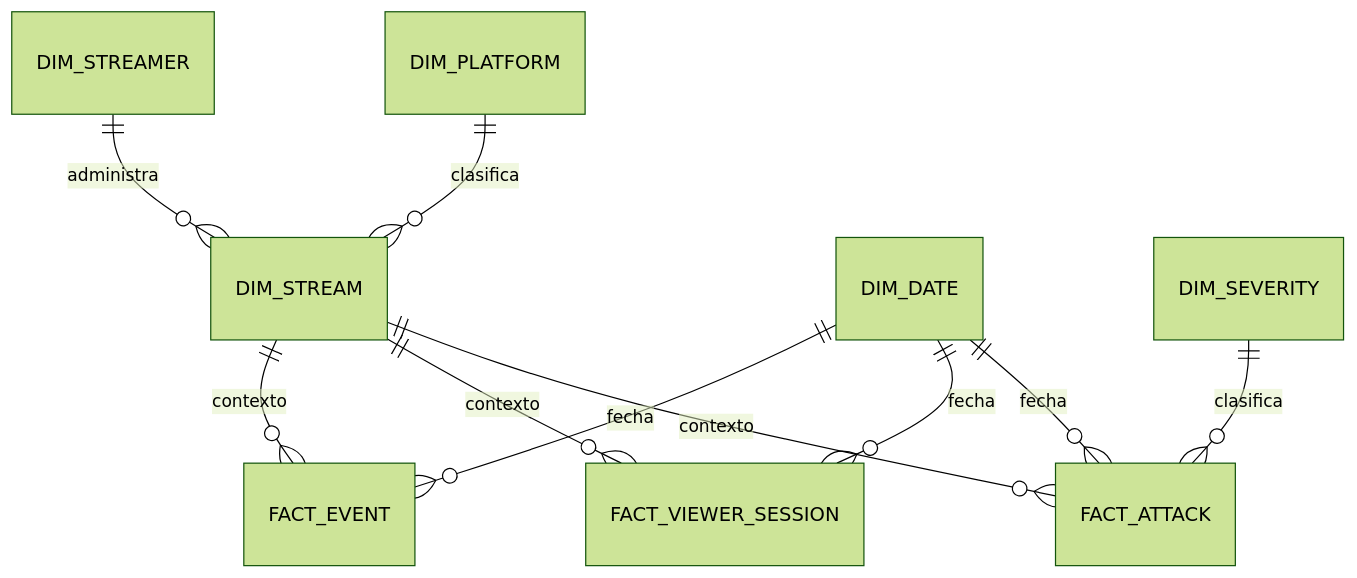
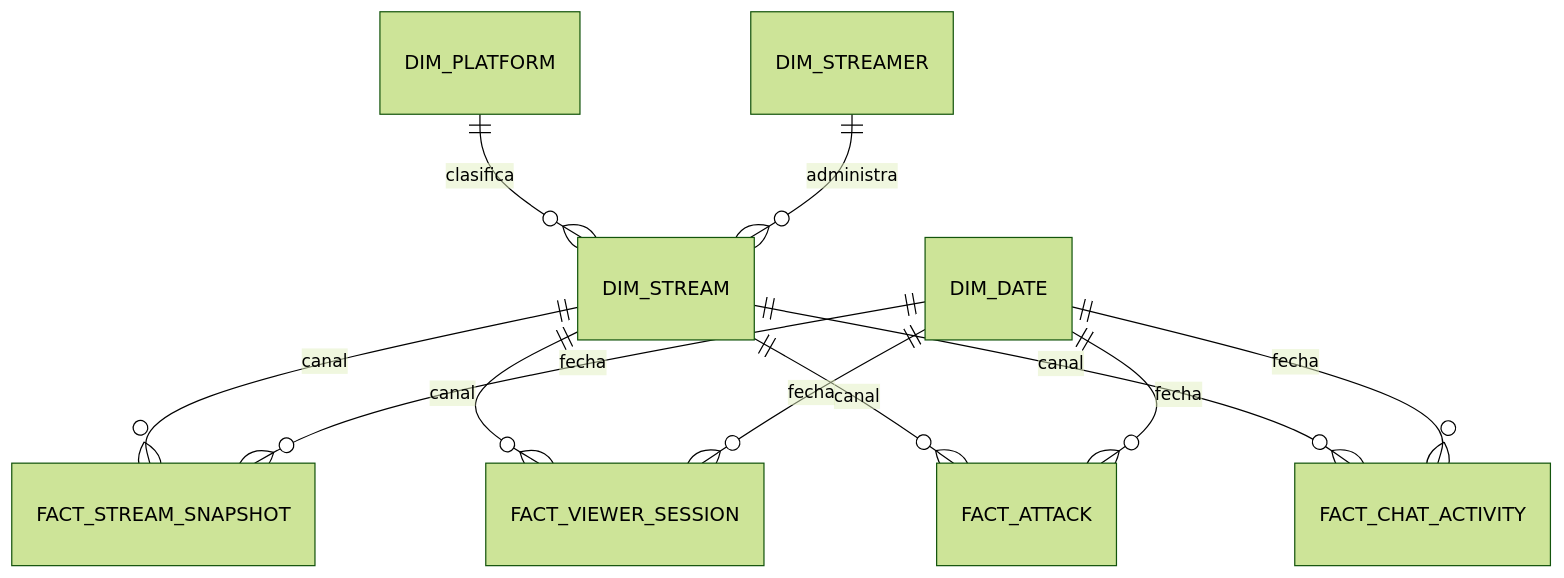
Before and after one commit to NlsG09201/Anti-Bots: the fifth of 5 diagrams in project-docs/ENTREGA-ACADEMICA.md, drawn with Mermaid (forest theme). The commit also changed other lines of this file and 24 other files, not shown here.

````diff
--- a/project-docs/ENTREGA-ACADEMICA.md
+++ b/project-docs/ENTREGA-ACADEMICA.md
@@ -273,12 +272,13 @@
 ```mermaid
 erDiagram
-    DIM_STREAM ||--o{ FACT_ATTACK : contexto
-    DIM_STREAM ||--o{ FACT_VIEWER_SESSION : contexto
-    DIM_STREAM ||--o{ FACT_EVENT : contexto
+    DIM_STREAM ||--o{ FACT_STREAM_SNAPSHOT : canal
+    DIM_STREAM ||--o{ FACT_VIEWER_SESSION : canal
+    DIM_STREAM ||--o{ FACT_ATTACK : canal
+    DIM_STREAM ||--o{ FACT_CHAT_ACTIVITY : canal
     DIM_PLATFORM ||--o{ DIM_STREAM : clasifica
     DIM_STREAMER ||--o{ DIM_STREAM : administra
+    DIM_DATE ||--o{ FACT_STREAM_SNAPSHOT : fecha
+    DIM_DATE ||--o{ FACT_VIEWER_SESSION : fecha
     DIM_DATE ||--o{ FACT_ATTACK : fecha
-    DIM_DATE ||--o{ FACT_VIEWER_SESSION : fecha
-    DIM_DATE ||--o{ FACT_EVENT : fecha
-    DIM_SEVERITY ||--o{ FACT_ATTACK : clasifica
+    DIM_DATE ||--o{ FACT_CHAT_ACTIVITY : fecha
 ```
````
